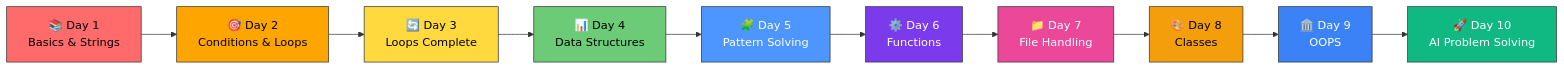
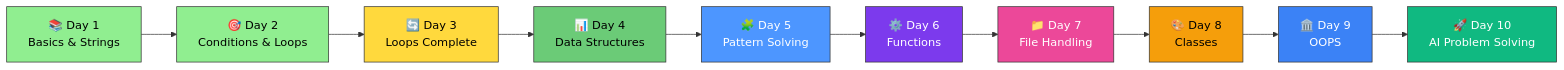
Before and after one commit to Shivambansal96/Python-SVCE-Tirupati: the diagram in Readme.md, drawn with Mermaid. The commit also changed other lines of this file and 1 other file, not shown here.

````diff
--- a/Readme.md
+++ b/Readme.md
@@ -139,23 +137,23 @@
 ```mermaid
 graph LR
     A["📚 Day 1<br/>Basics & Strings"] --> B["🎯 Day 2<br/>Conditions & Loops"]
     B --> C["🔄 Day 3<br/>Loops Complete"]
     C --> D["📊 Day 4<br/>Data Structures"]
     D --> E["🧩 Day 5<br/>Pattern Solving"]
     E --> F["⚙️ Day 6<br/>Functions"]
     F --> G["📁 Day 7<br/>File Handling"]
     G --> H["🎨 Day 8<br/>Classes"]
     H --> I["🏛️ Day 9<br/>OOPS"]
     I --> J["🚀 Day 10<br/>AI Problem Solving"]
     
-    style A fill:#FF6B6B,stroke:#333,color:#000
-    style B fill:#FFA500,stroke:#333,color:#000
+    style A fill:#90EE90,stroke:#333,color:#000
+    style B fill:#90EE90,stroke:#333,color:#000
     style C fill:#FFD93D,stroke:#333,color:#000
     style D fill:#6BCB77,stroke:#333,color:#000
     style E fill:#4D96FF,stroke:#333,color:#fff
     style F fill:#7C3AED,stroke:#333,color:#fff
     style G fill:#EC4899,stroke:#333,color:#fff
     style H fill:#F59E0B,stroke:#333,color:#000
     style I fill:#3B82F6,stroke:#333,color:#fff
     style J fill:#10B981,stroke:#333,color:#fff
 ```
````
